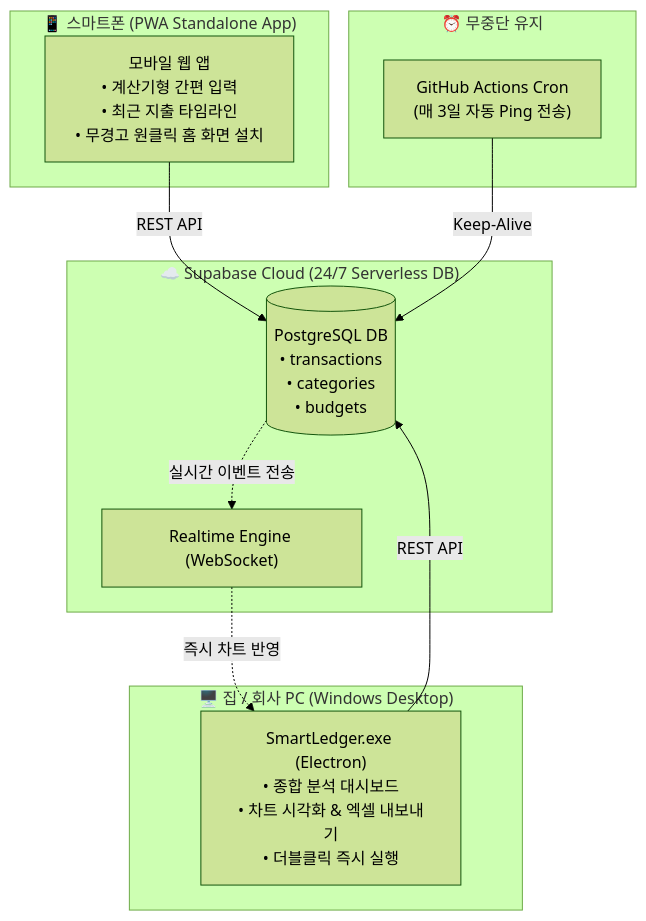
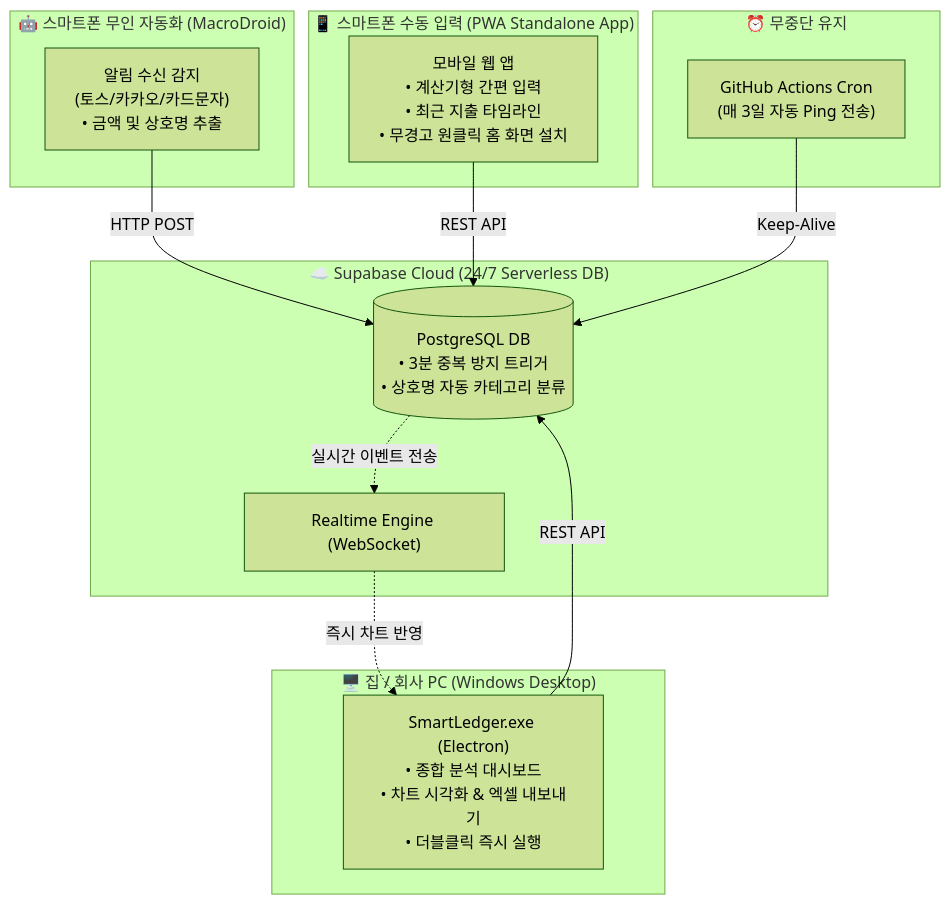
Before and after one commit to MyungHwanK1m/smart-ledger: the diagram in README.md, drawn with Mermaid (forest theme). The commit also changed other lines of this file and 3 other files, not shown here.

Commit message:
feat: add duplicate prevention trigger and MacroDroid automation guide

````diff
--- a/README.md
+++ b/README.md
@@ -46,24 +51,29 @@
 ```mermaid
 flowchart TD
     subgraph Cloud["☁️ Supabase Cloud (24/7 Serverless DB)"]
-        DB[("PostgreSQL DB\n• transactions\n• categories\n• budgets")]
+        DB[("PostgreSQL DB\n• 3분 중복 방지 트리거\n• 상호명 자동 카테고리 분류")]
         RT["Realtime Engine (WebSocket)"]
     end
 
-    subgraph Mobile["📱 스마트폰 (PWA Standalone App)"]
+    subgraph Auto["🤖 스마트폰 무인 자동화 (MacroDroid)"]
+        MD["알림 수신 감지\n(토스/카카오/카드문자)\n• 금액 및 상호명 추출"]
+    end
+
+    subgraph Mobile["📱 스마트폰 수동 입력 (PWA Standalone App)"]
         PWA["모바일 웹 앱\n• 계산기형 간편 입력\n• 최근 지출 타임라인\n• 무경고 원클릭 홈 화면 설치"]
     end
 
     subgraph PC["🖥️ 집 / 회사 PC (Windows Desktop)"]
         EXE["SmartLedger.exe (Electron)\n• 종합 분석 대시보드\n• 차트 시각화 & 엑셀 내보내기\n• 더블클릭 즉시 실행"]
     end
 
     subgraph Automation["⏰ 무중단 유지"]
         CRON["GitHub Actions Cron\n(매 3일 자동 Ping 전송)"]
     end
 
+    MD -->|HTTP POST| DB
     PWA -->|REST API| DB
     EXE -->|REST API| DB
     DB -.->|실시간 이벤트 전송| RT -.->|즉시 차트 반영| EXE
     CRON -->|Keep-Alive| DB
 ```
````
